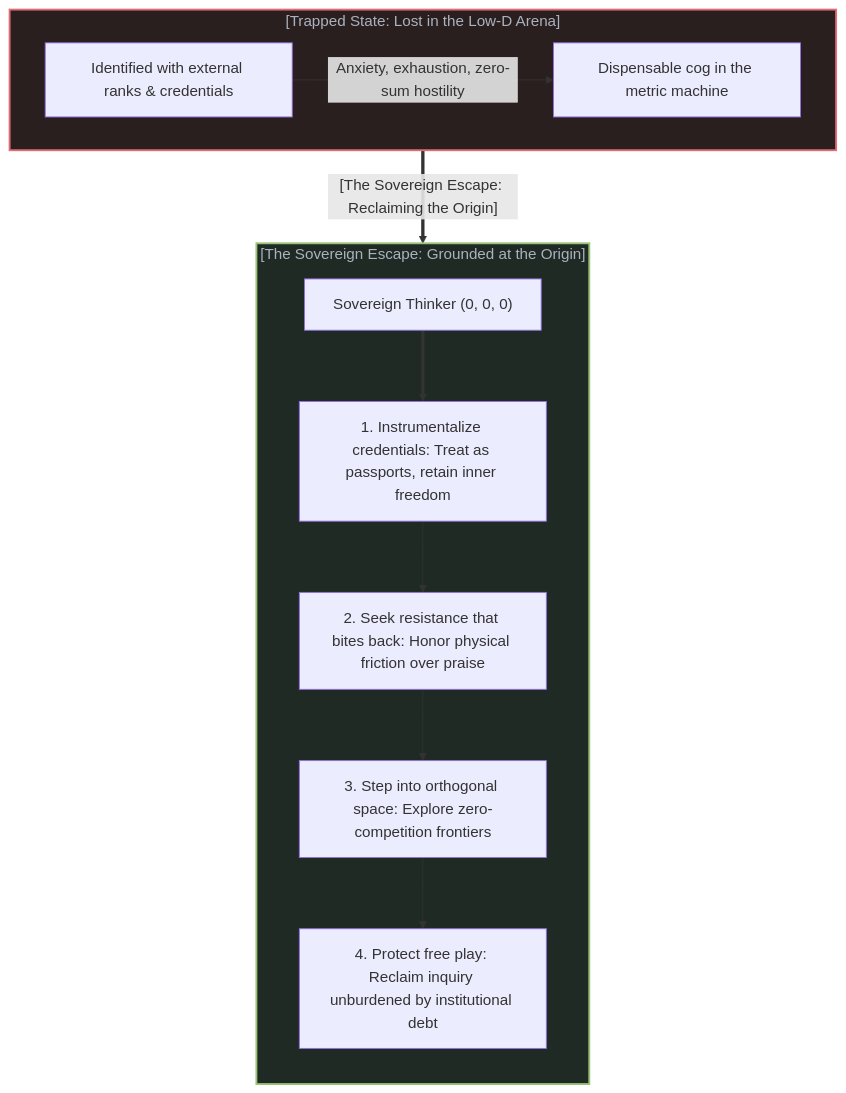
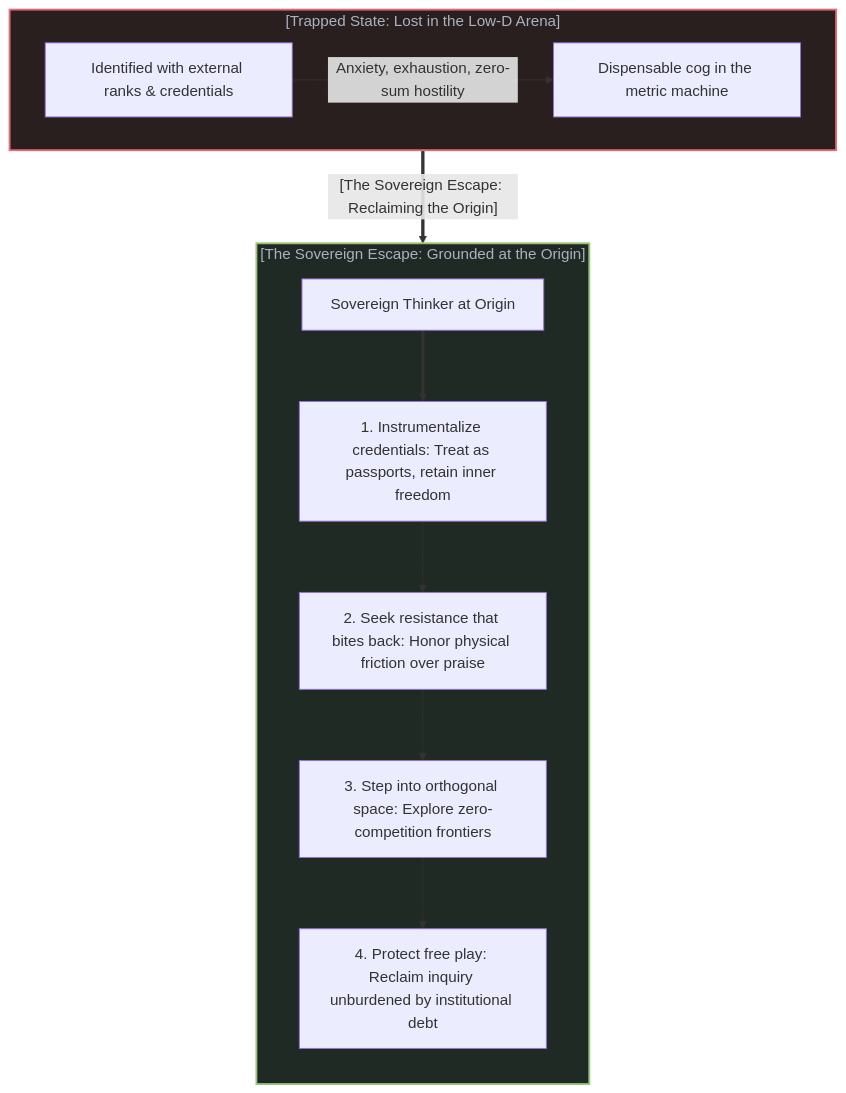
One commit to powerpig99/not-a-toe changed the tenth of 10 diagrams in content/posts/the-reversal-of-education-and-science.md. Above: the diagram before and after it, drawn with Mermaid. The commit also changed other lines of this file and 15 other files, not shown here.

````diff
--- a/content/posts/the-reversal-of-education-and-science.md
+++ b/content/posts/the-reversal-of-education-and-science.md
@@ -449,27 +449,27 @@
 ```mermaid
 graph TD
     subgraph Trap["[Trapped State: Lost in the Low-D Arena]"]
         TrapMind["Identified with external ranks & credentials"]
         TrapMind -->|"Anxiety, exhaustion, zero-sum hostility"| Misery["Dispensable cog in the metric machine"]
     end
 
     Trap ==>|"[The Sovereign Escape: Reclaiming the Origin]"| Sovereign
 
     subgraph Sovereign["[The Sovereign Escape: Grounded at the Origin]"]
         direction TB
-        SovereignMind["Sovereign Thinker (0, 0, 0)"]
+        SovereignMind["Sovereign Thinker at Origin"]
         
         Step1["1. Instrumentalize credentials: Treat as passports, retain inner freedom"]
         Step2["2. Seek resistance that bites back: Honor physical friction over praise"]
         Step3["3. Step into orthogonal space: Explore zero-competition frontiers"]
         Step4["4. Protect free play: Reclaim inquiry unburdened by institutional debt"]
 
         SovereignMind ==> Step1
         Step1 --> Step2
         Step2 --> Step3
         Step3 --> Step4
     end
 
     style Trap fill:#2a1f1f,stroke:#e06c75,stroke-width:2px,color:#abb2bf
     style Sovereign fill:#1f2a24,stroke:#98c379,stroke-width:2px,color:#abb2bf
 ```
````
